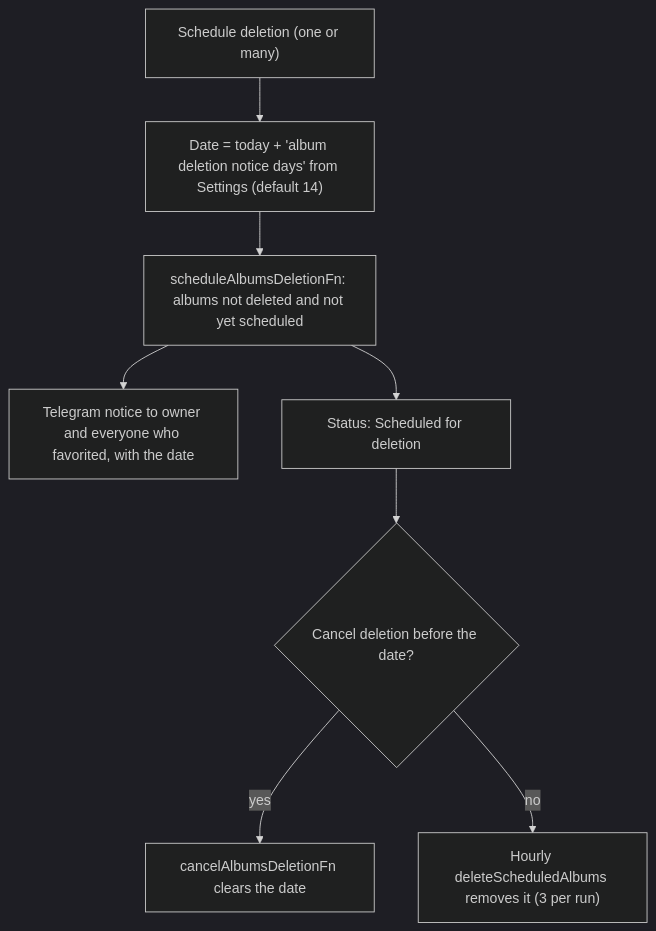
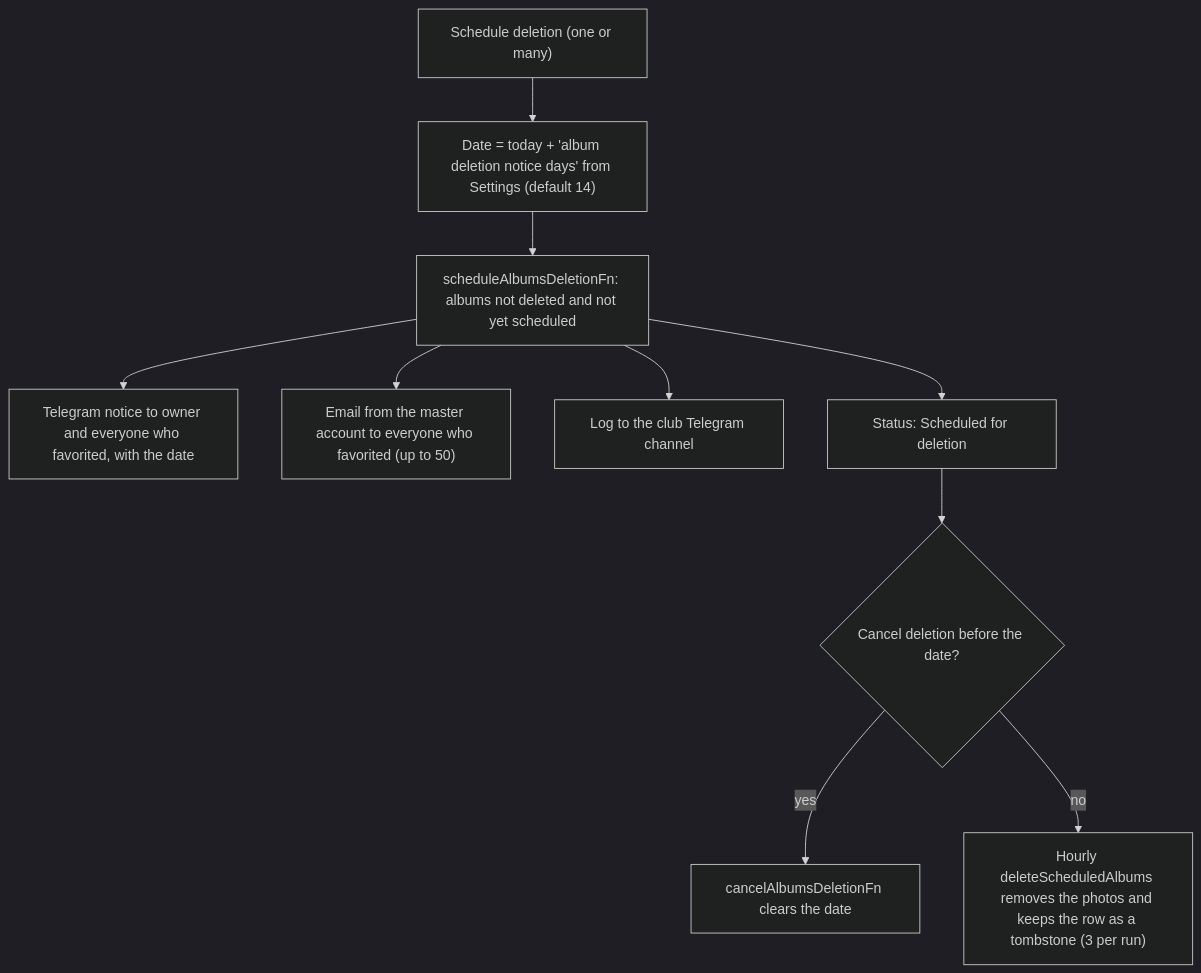
Before and after one commit to sagyzdop/meriksirat: the third of 3 diagrams in docs/scenarios/admin/albums/storage.md, drawn with Mermaid (dark theme). The commit also changed 10 other files, not shown here.

Commit message:
feat(albums): keep scheduled-deletion albums as tombstones, email favoriters, log to channel

````diff
--- a/docs/scenarios/admin/albums/storage.md
+++ b/docs/scenarios/admin/albums/storage.md
@@ -82,10 +82,12 @@
 ```mermaid
 flowchart TD
     S["Schedule deletion (one or many)"] --> D["Date = today + 'album deletion notice days' from Settings (default 14)"]
     D --> W["scheduleAlbumsDeletionFn: albums not deleted and not yet scheduled"]
     W --> N["Telegram notice to owner and everyone who favorited, with the date"]
+    W --> E["Email from the master account to everyone who favorited (up to 50)"]
+    W --> L["Log to the club Telegram channel"]
     W --> St["Status: Scheduled for deletion"]
     St --> C{"Cancel deletion before the date?"}
     C -->|"yes"| K["cancelAlbumsDeletionFn clears the date"]
-    C -->|"no"| H["Hourly deleteScheduledAlbums removes it (3 per run)"]
+    C -->|"no"| H["Hourly deleteScheduledAlbums removes the photos and keeps the row as a tombstone (3 per run)"]
 ```
````
